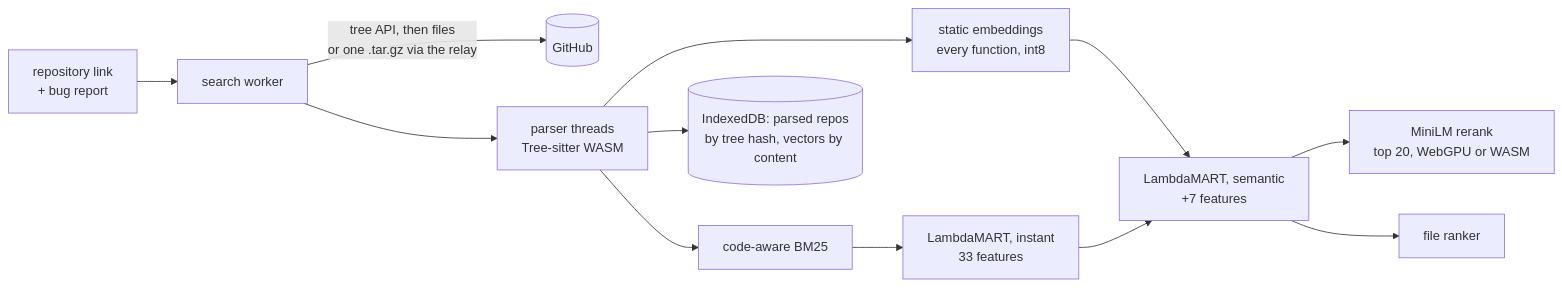
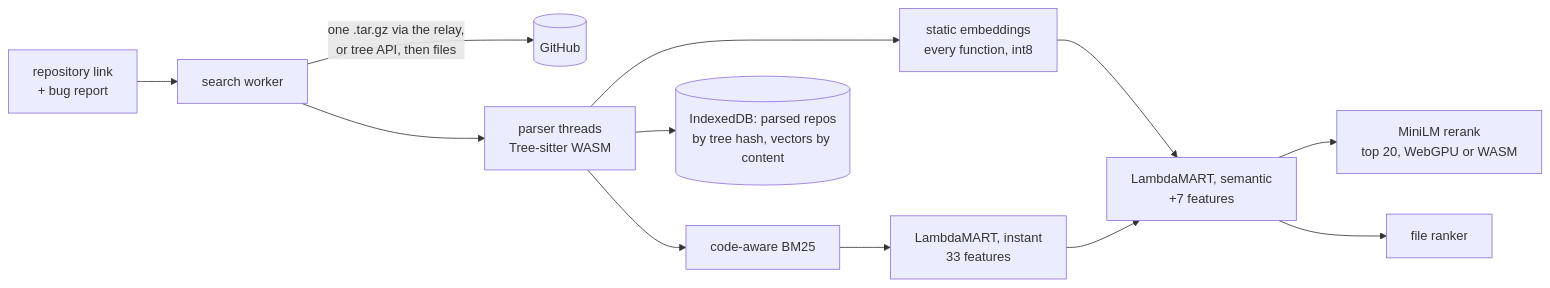
One commit to Lazeeez/Odin changed the third of 3 diagrams in README.md. Above: the diagram before and after it, drawn with Mermaid. The commit also changed other lines of this file and 12 other files, not shown here.

````diff
--- a/README.md
+++ b/README.md
@@ -178,13 +178,13 @@
 ```mermaid
 flowchart LR
     U["repository link<br/>+ bug report"] --> W[search worker]
-    W -->|"tree API, then files<br/>or one .tar.gz via the relay"| GH[(GitHub)]
+    W -->|"one .tar.gz via the relay,<br/>or tree API, then files"| GH[(GitHub)]
     W --> PT["parser threads<br/>Tree-sitter WASM"]
     PT --> BM[code-aware BM25]
     PT --> SE["static embeddings<br/>every function, int8"]
     BM --> L1["LambdaMART, instant<br/>33 features"]
     SE --> L2["LambdaMART, semantic<br/>+7 features"]
     L1 --> L2 --> RR["MiniLM rerank<br/>top 20, WebGPU or WASM"]
     L2 --> FR[file ranker]
     PT --> IDB[(IndexedDB: parsed repos<br/>by tree hash, vectors by content)]
 ```
````
